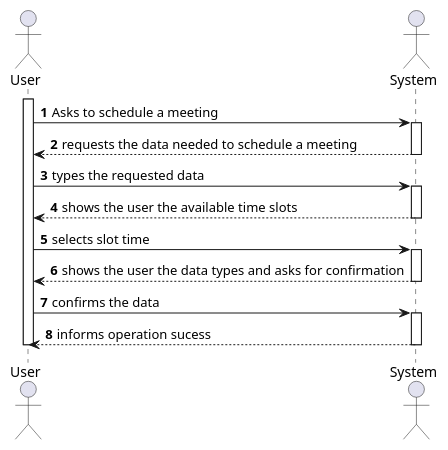
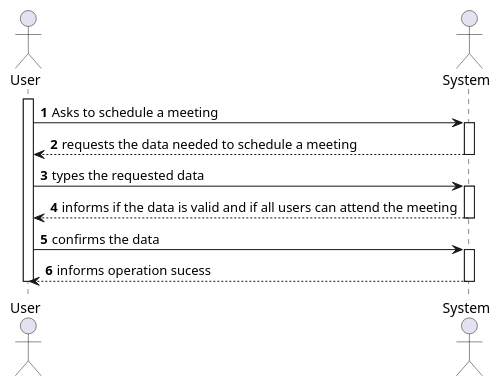
One commit to miseEnPlace-dev/lapr4 changed the diagram in docs/sprint-b/us27-4001/US4001_SSD.puml. Above: the diagram before and after it, drawn with PlantUML. The commit also changed 2 other files, not shown here.

```diff
--- a/docs/sprint-b/us27-4001/US4001_SSD.puml
+++ b/docs/sprint-b/us27-4001/US4001_SSD.puml
@@ -1,35 +1,29 @@
 @startuml US4001_SSD
 autonumber
 
 actor User as "User"
 actor System as "System"
 
 activate User
 
 User -> System : Asks to schedule a meeting
 activate System
 
 System --> User : requests the data needed to schedule a meeting
 deactivate System
 
 User -> System : types the requested data
 activate System
 
-System --> User : shows the user the available time slots
-deactivate System
-
-User -> System : selects slot time
-activate System
-
-System --> User : shows the user the data types and asks for confirmation
+System --> User : informs if the data is valid and if all users can attend the meeting
 deactivate System
 
 User -> System : confirms the data
 activate System
 
 System --> User : informs operation sucess
 deactivate System
 
 deactivate User
 
 @enduml
```
